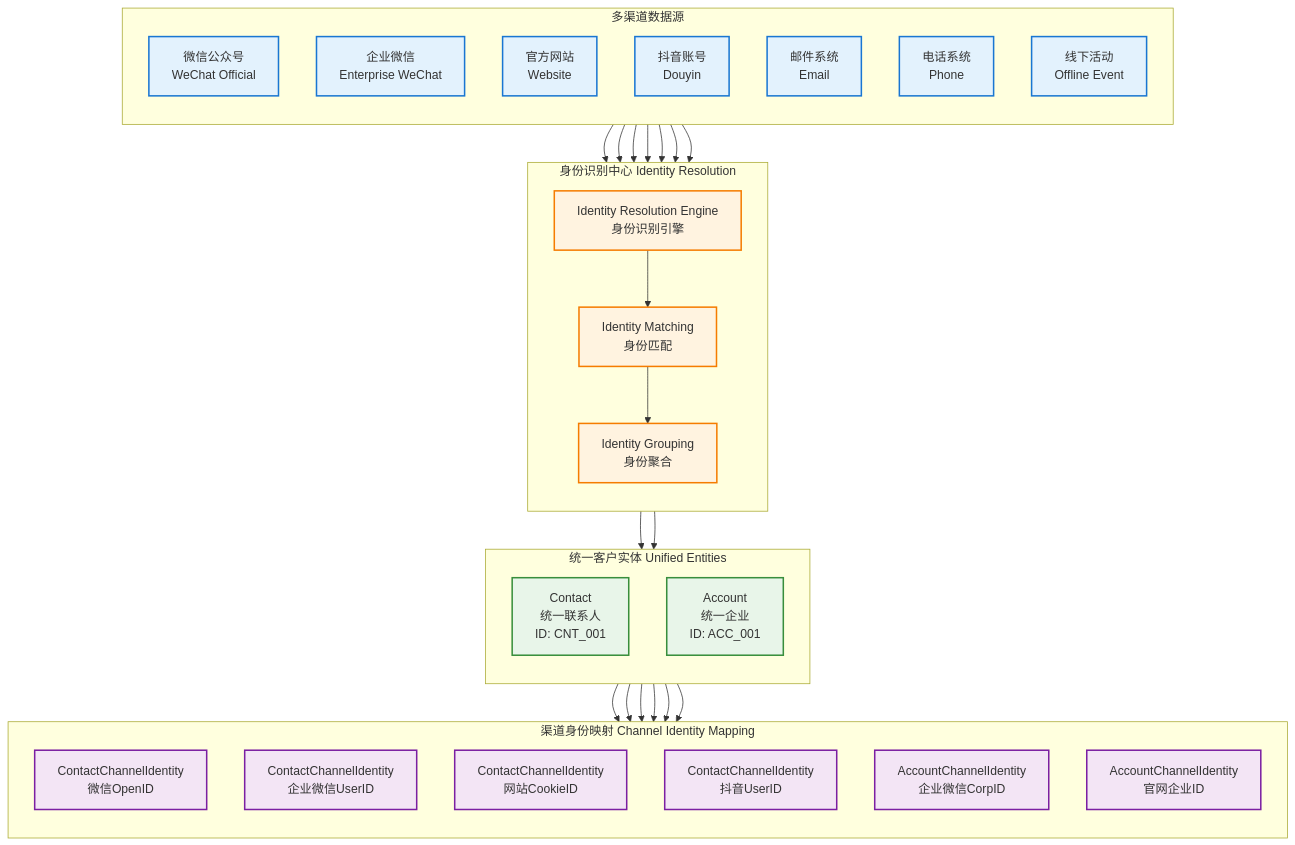
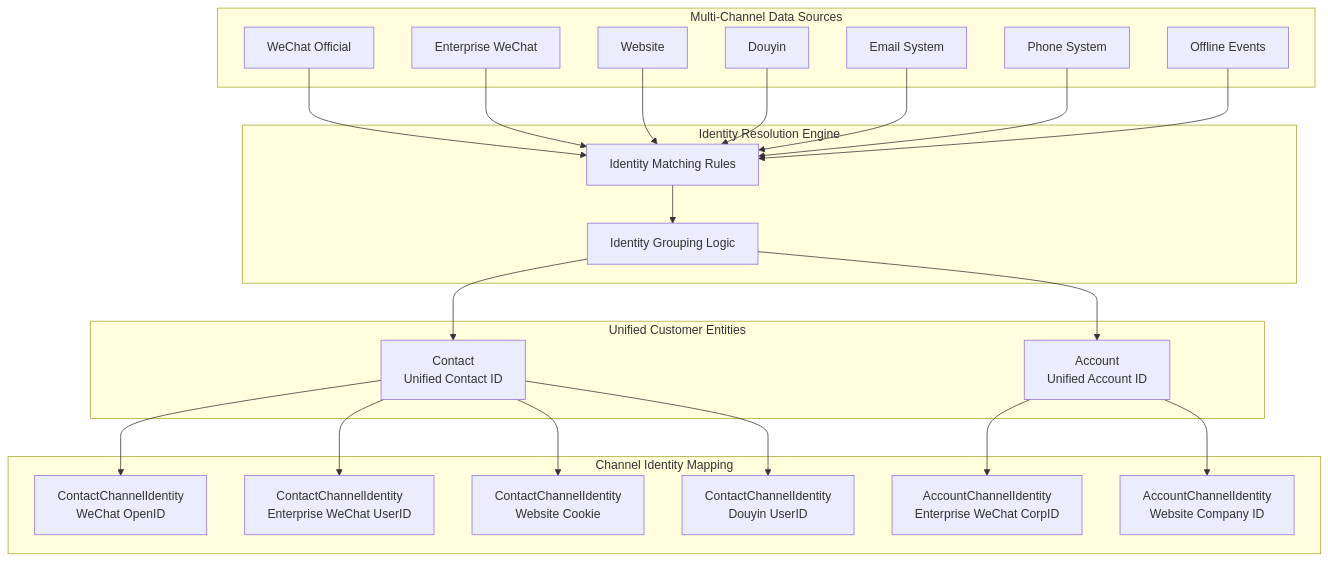
Diagram 19 of 25 in docs/b2b-cdp-entity-design.md (312268112/advanced-java), drawn with Mermaid before and after one commit. The commit also changed other lines of this file, not shown here.

Commit message:
Refactor: Update B2B CDP entity design documentation

````diff
--- a/docs/b2b-cdp-entity-design.md
+++ b/docs/b2b-cdp-entity-design.md
@@ -939,54 +905,50 @@
 ```mermaid
 graph TB
-    subgraph Sources["多渠道数据源"]
-        direction TB
-        S1["微信公众号<br/>WeChat Official"]
-        S2["企业微信<br/>Enterprise WeChat"]
-        S3["官方网站<br/>Website"]
-        S4["抖音账号<br/>Douyin"]
-        S5["邮件系统<br/>Email"]
-        S6["电话系统<br/>Phone"]
-        S7["线下活动<br/>Offline Event"]
+    subgraph Sources[Multi-Channel Data Sources]
+        S1[WeChat Official]
+        S2[Enterprise WeChat]
+        S3[Website]
+        S4[Douyin]
+        S5[Email System]
+        S6[Phone System]
+        S7[Offline Events]
     end
     
-    subgraph Identity["身份识别中心 Identity Resolution"]
-        direction TB
-        IR["Identity Resolution Engine<br/>身份识别引擎"]
-        IM["Identity Matching<br/>身份匹配"]
-        IG["Identity Grouping<br/>身份聚合"]
+    subgraph Identity[Identity Resolution Engine]
+        IR[Identity Matching Rules]
+        IG[Identity Grouping Logic]
     end
     
-    subgraph Entities["统一客户实体 Unified Entities"]
-        direction TB
-        UC["Contact<br/>统一联系人<br/>ID: CNT_001"]
-        UA["Account<br/>统一企业<br/>ID: ACC_001"]
+    subgraph Entities[Unified Customer Entities]
+        UC[Contact<br/>Unified Contact ID]
+        UA[Account<br/>Unified Account ID]
     end
     
-    subgraph Mapping["渠道身份映射 Channel Identity Mapping"]
-        direction TB
-        CI1["ContactChannelIdentity<br/>微信OpenID"]
-        CI2["ContactChannelIdentity<br/>企业微信UserID"]
-        CI3["ContactChannelIdentity<br/>网站CookieID"]
-        CI4["ContactChannelIdentity<br/>抖音UserID"]
-        AI1["AccountChannelIdentity<br/>企业微信CorpID"]
-        AI2["AccountChannelIdentity<br/>官网企业ID"]
+    subgraph Mapping[Channel Identity Mapping]
+        CI1[ContactChannelIdentity<br/>WeChat OpenID]
+        CI2[ContactChannelIdentity<br/>Enterprise WeChat UserID]
+        CI3[ContactChannelIdentity<br/>Website Cookie]
+        CI4[ContactChannelIdentity<br/>Douyin UserID]
+        AI1[AccountChannelIdentity<br/>Enterprise WeChat CorpID]
+        AI2[AccountChannelIdentity<br/>Website Company ID]
     end
     
-    S1 & S2 & S3 & S4 & S5 & S6 & S7 --> IR
-    IR --> IM
-    IM --> IG
+    S1 --> IR
+    S2 --> IR
+    S3 --> IR
+    S4 --> IR
+    S5 --> IR
+    S6 --> IR
+    S7 --> IR
+    
+    IR --> IG
     IG --> UC
     IG --> UA
-    UC --> CI1 & CI2 & CI3 & CI4
-    UA --> AI1 & AI2
     
-    classDef sourceClass fill:#e3f2fd,stroke:#1976d2,stroke-width:2px
-    classDef identityClass fill:#fff3e0,stroke:#f57c00,stroke-width:2px
-    classDef entityClass fill:#e8f5e9,stroke:#388e3c,stroke-width:2px
-    classDef mappingClass fill:#f3e5f5,stroke:#7b1fa2,stroke-width:2px
-    
-    class S1,S2,S3,S4,S5,S6,S7 sourceClass
-    class IR,IM,IG identityClass
-    class UC,UA entityClass
-    class CI1,CI2,CI3,CI4,AI1,AI2 mappingClass
+    UC --> CI1
+    UC --> CI2
+    UC --> CI3
+    UC --> CI4
+    UA --> AI1
+    UA --> AI2
 ```
````
